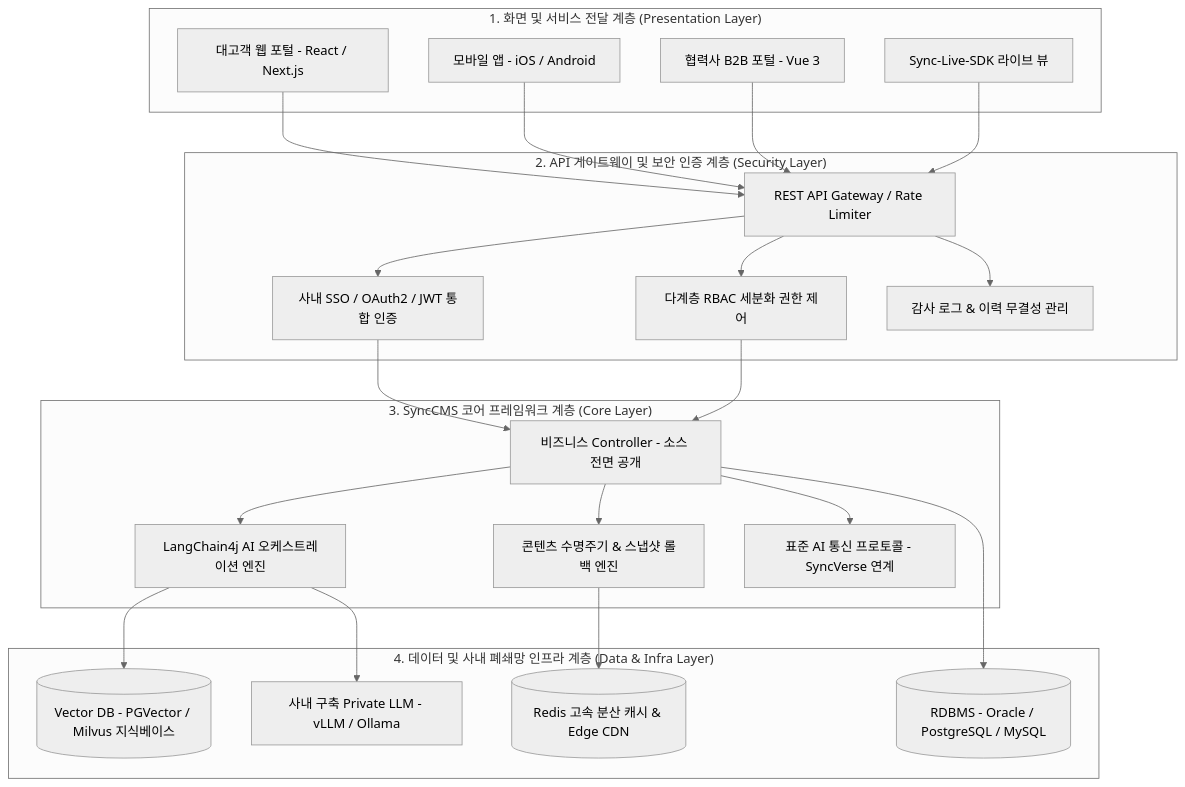
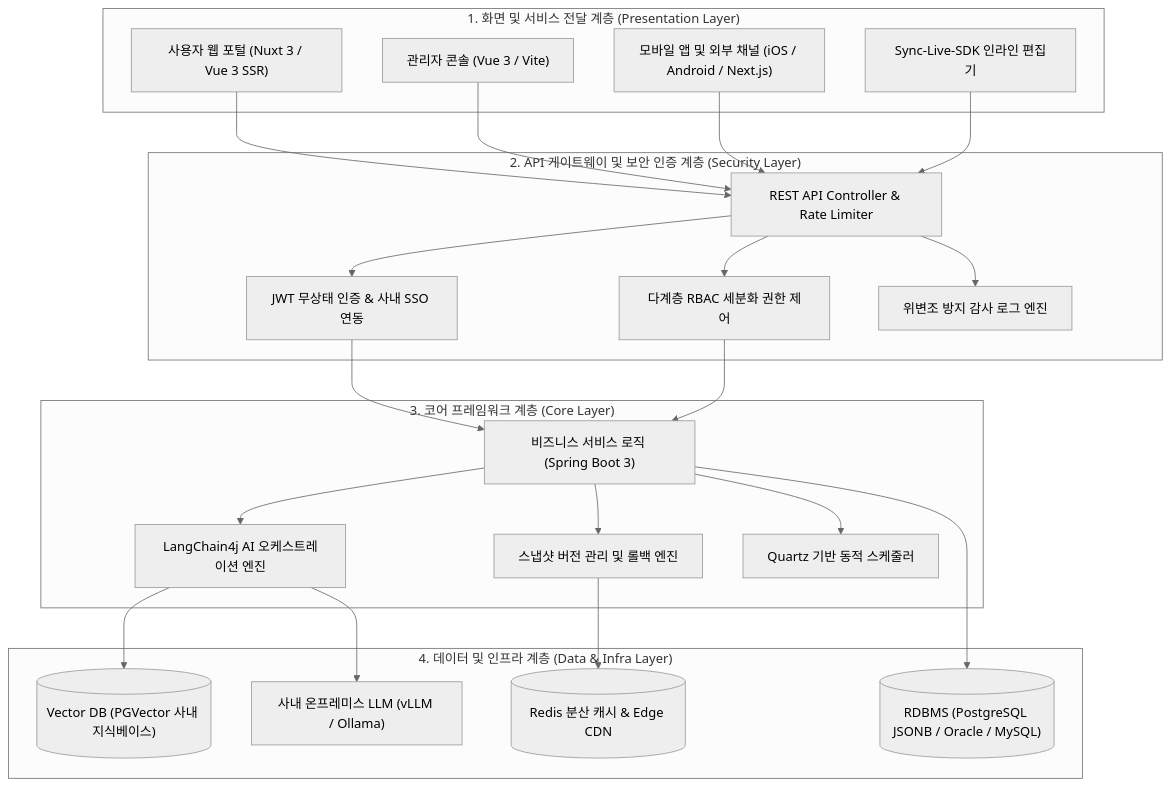
Before and after one commit to DramaticCollaboration/doc.github.io: the first of 2 diagrams in ko/synccms/architecture.md, drawn with Mermaid (neutral theme). The commit also changed other lines of this file and 29 other files, not shown here.

Commit message:
소개 문서 추가, SyncVerse 리팩토링

````diff
--- a/ko/synccms/architecture.md
+++ b/ko/synccms/architecture.md
@@ -15,38 +25,38 @@
 ```mermaid
 graph TD
     subgraph "1. 화면 및 서비스 전달 계층 (Presentation Layer)"
-        UI1[대고객 웹 포털 - React / Next.js]
-        UI2[모바일 앱 - iOS / Android]
-        UI3[협력사 B2B 포털 - Vue 3]
-        UI4[Sync-Live-SDK 라이브 뷰]
+        UI1["사용자 웹 포털 (Nuxt 3 / Vue 3 SSR)"]
+        UI2["관리자 콘솔 (Vue 3 / Vite)"]
+        UI3["모바일 앱 및 외부 채널 (iOS / Android / Next.js)"]
+        UI4["Sync-Live-SDK 인라인 편집기"]
     end
 
     subgraph "2. API 게이트웨이 및 보안 인증 계층 (Security Layer)"
-        GW[REST API Gateway / Rate Limiter]
-        SSO[사내 SSO / OAuth2 / JWT 통합 인증]
-        RBAC[다계층 RBAC 세분화 권한 제어]
-        AUDIT[감사 로그 & 이력 무결성 관리]
+        GW["REST API Controller & Rate Limiter"]
+        SSO["JWT 무상태 인증 & 사내 SSO 연동"]
+        RBAC["다계층 RBAC 세분화 권한 제어"]
+        AUDIT["위변조 방지 감사 로그 엔진"]
     end
 
-    subgraph "3. SyncCMS 코어 프레임워크 계층 (Core Layer)"
-        CTRL[비즈니스 Controller - 소스 전면 공개]
-        LC4J[LangChain4j AI 오케스트레이션 엔진]
-        ENG[콘텐츠 수명주기 & 스냅샷 롤백 엔진]
-        MCP[표준 AI 통신 프로토콜 - SyncVerse 연계]
+    subgraph "3. 코어 프레임워크 계층 (Core Layer)"
+        CTRL["비즈니스 서비스 로직 (Spring Boot 3)"]
+        LC4J["LangChain4j AI 오케스트레이션 엔진"]
+        ENG["스냅샷 버전 관리 및 롤백 엔진"]
+        SCHED["Quartz 기반 동적 스케줄러"]
     end
 
-    subgraph "4. 데이터 및 사내 폐쇄망 인프라 계층 (Data & Infra Layer)"
-        RDB[(RDBMS - Oracle / PostgreSQL / MySQL)]
-        VEC[(Vector DB - PGVector / Milvus 지식베이스)]
-        CACHE[(Redis 고속 분산 캐시 & Edge CDN)]
-        LLM[사내 구축 Private LLM - vLLM / Ollama]
+    subgraph "4. 데이터 및 인프라 계층 (Data & Infra Layer)"
+        RDB[("RDBMS (PostgreSQL JSONB / Oracle / MySQL)")]
+        VEC[("Vector DB (PGVector 사내 지식베이스)")]
+        CACHE[("Redis 분산 캐시 & Edge CDN")]
+        LLM["사내 온프레미스 LLM (vLLM / Ollama)"]
     end
 
     UI1 & UI2 & UI3 & UI4 --> GW
     GW --> SSO & RBAC & AUDIT
     SSO & RBAC --> CTRL
-    CTRL --> LC4J & ENG & MCP
+    CTRL --> LC4J & ENG & SCHED
     CTRL --> RDB
     LC4J --> VEC & LLM
     ENG --> CACHE
 ```
````
